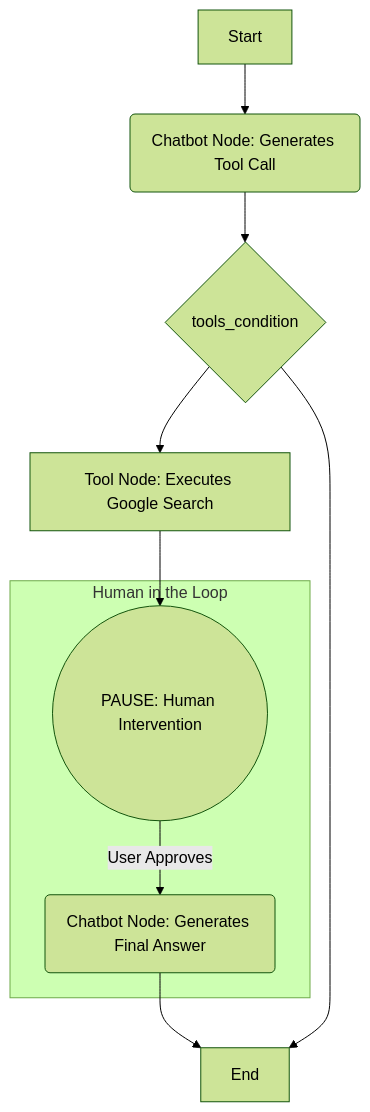
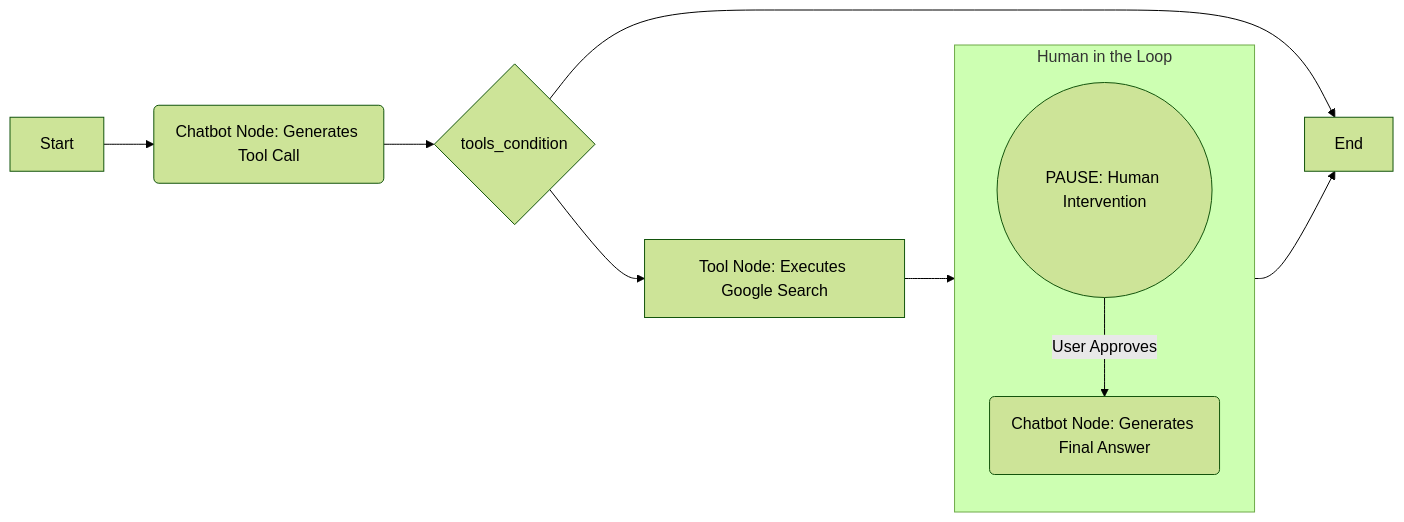
One commit to rtudo/rtudo.github.io changed the diagram in docs/ai/langgraph/agent-with-human-assistance.md. Above: the diagram before and after it, drawn with Mermaid (forest theme). The commit also changed other lines of this file and 3 other files, not shown here.

````diff
--- a/docs/ai/langgraph/agent-with-human-assistance.md
+++ b/docs/ai/langgraph/agent-with-human-assistance.md
@@ -20,12 +20,14 @@
 ```mermaid
-graph TD
+graph LR
     A[Start] --> B(Chatbot Node: Generates Tool Call);
     B --> C{tools_condition};
     C --> D[Tool Node: Executes Google Search];
-    D --> E((PAUSE: Human Intervention));
-    subgraph Human in the Loop
+    D --> s;
+    subgraph s [Human in the Loop]
+        direction TB
+        E((PAUSE: Human Intervention))
         E -- User Approves --> F(Chatbot Node: Generates Final Answer);
     end
-    F --> G[End];
+    s --> G[End];
     C --> G;
 ```
````
